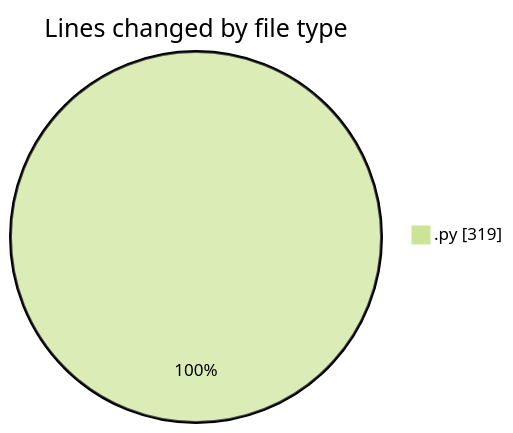
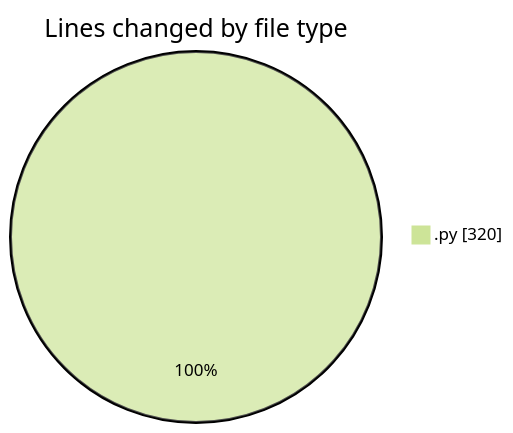
The first of 2 diagrams in 2025-01-12/myws__workspace_/README.md (MatusMokan/code-tracking), drawn with Mermaid (forest theme) before and after one commit. The commit also changed other lines of this file and 1 other file, not shown here.

````diff
--- a/2025-01-12/myws__workspace_/README.md
+++ b/2025-01-12/myws__workspace_/README.md
@@ -21,5 +21,5 @@
 ```mermaid
 pie showData
 title Lines changed by file type
-".py" : 319
+".py" : 320
 ```
````
